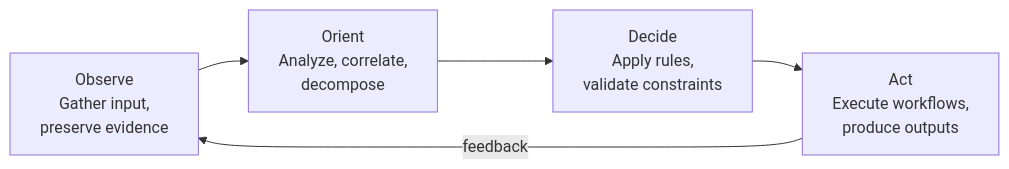
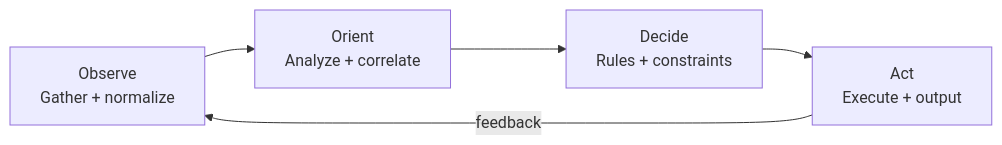
The second of 3 diagrams in docs/agent-engineering-reference.md (op7ic/SwarmMaker), drawn with Mermaid before and after one commit. The commit also changed other lines of this file, not shown here.

Commit message:
Add descriptions before charts and fix self-loop in pipeline diagram

````diff
--- a/docs/agent-engineering-reference.md
+++ b/docs/agent-engineering-reference.md
@@ -23,7 +32,7 @@
 ```mermaid
 graph LR
-    O["Observe<br/>Gather input,<br/>preserve evidence"] --> OR["Orient<br/>Analyze, correlate,<br/>decompose"]
-    OR --> D["Decide<br/>Apply rules,<br/>validate constraints"]
-    D --> A["Act<br/>Execute workflows,<br/>produce outputs"]
+    O["Observe<br/>Gather + normalize"] --> OR["Orient<br/>Analyze + correlate"]
+    OR --> D["Decide<br/>Rules + constraints"]
+    D --> A["Act<br/>Execute + output"]
     A -->|feedback| O
 ```
````
